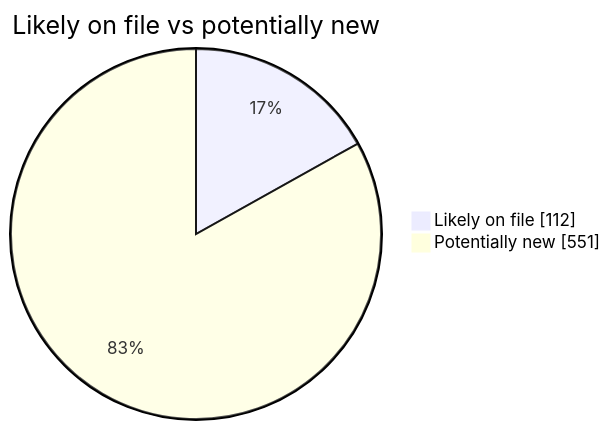
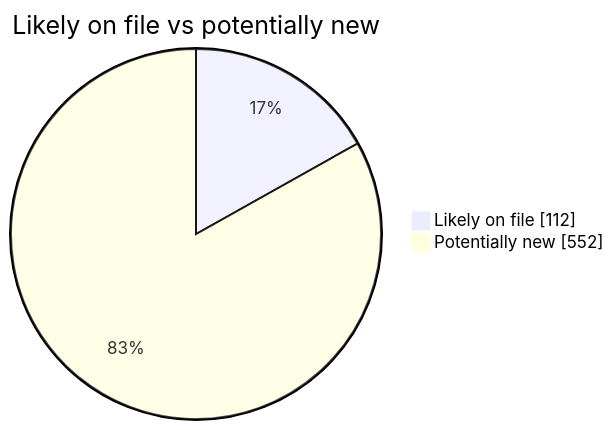
Before and after one commit to martinbalfanz/social-scanner-reports: the second of 4 diagrams in README.md, drawn with Mermaid. The commit also changed other lines of this file and 4 other files, not shown here.

````diff
--- a/README.md
+++ b/README.md
@@ -40,5 +40,5 @@
 ```mermaid
 pie showData title Likely on file vs potentially new
     "Likely on file" : 112
-    "Potentially new" : 551
+    "Potentially new" : 552
 ```
````
